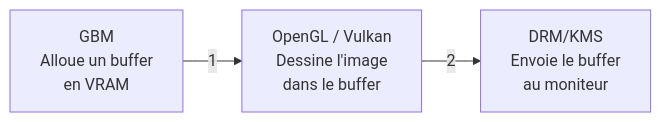
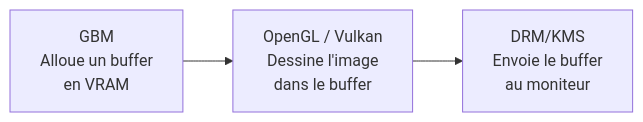
One commit to Yanal-Yves/blog changed the first of 4 diagrams in content/gnu-linux/nvidia-ecosysteme-graphique/_index.md. Above: the diagram before and after it, drawn with Mermaid. The commit also changed other lines of this file, not shown here.

First line of the commit message:
Fix Mermaid line breaks: use <br/> instead of \n

````diff
--- a/content/gnu-linux/nvidia-ecosysteme-graphique/_index.md
+++ b/content/gnu-linux/nvidia-ecosysteme-graphique/_index.md
@@ -38,8 +38,8 @@
 ```mermaid
 graph LR
-    GBM["GBM\nAlloue un buffer\nen VRAM"]
-    API["OpenGL / Vulkan\nDessine l'image\ndans le buffer"]
-    DRM["DRM/KMS\nEnvoie le buffer\nau moniteur"]
+    GBM["GBM<br/>Alloue un buffer<br/>en VRAM"]
+    API["OpenGL / Vulkan<br/>Dessine l'image<br/>dans le buffer"]
+    DRM["DRM/KMS<br/>Envoie le buffer<br/>au moniteur"]
 
-    GBM -- "1" --> API -- "2" --> DRM
+    GBM --> API --> DRM
 ```
````
